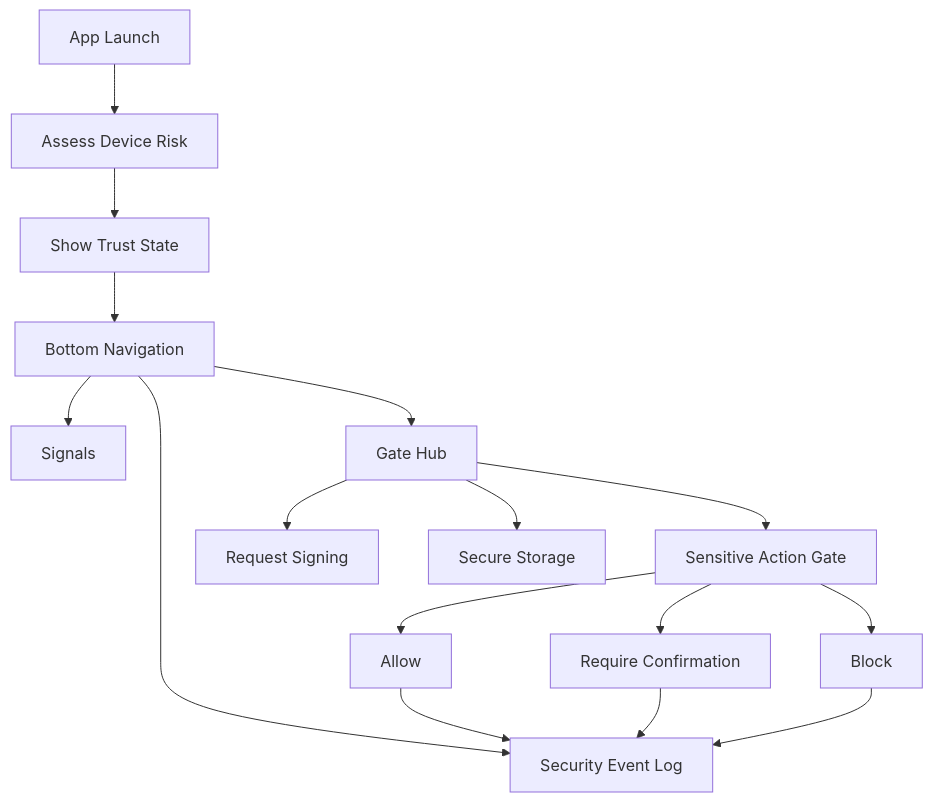
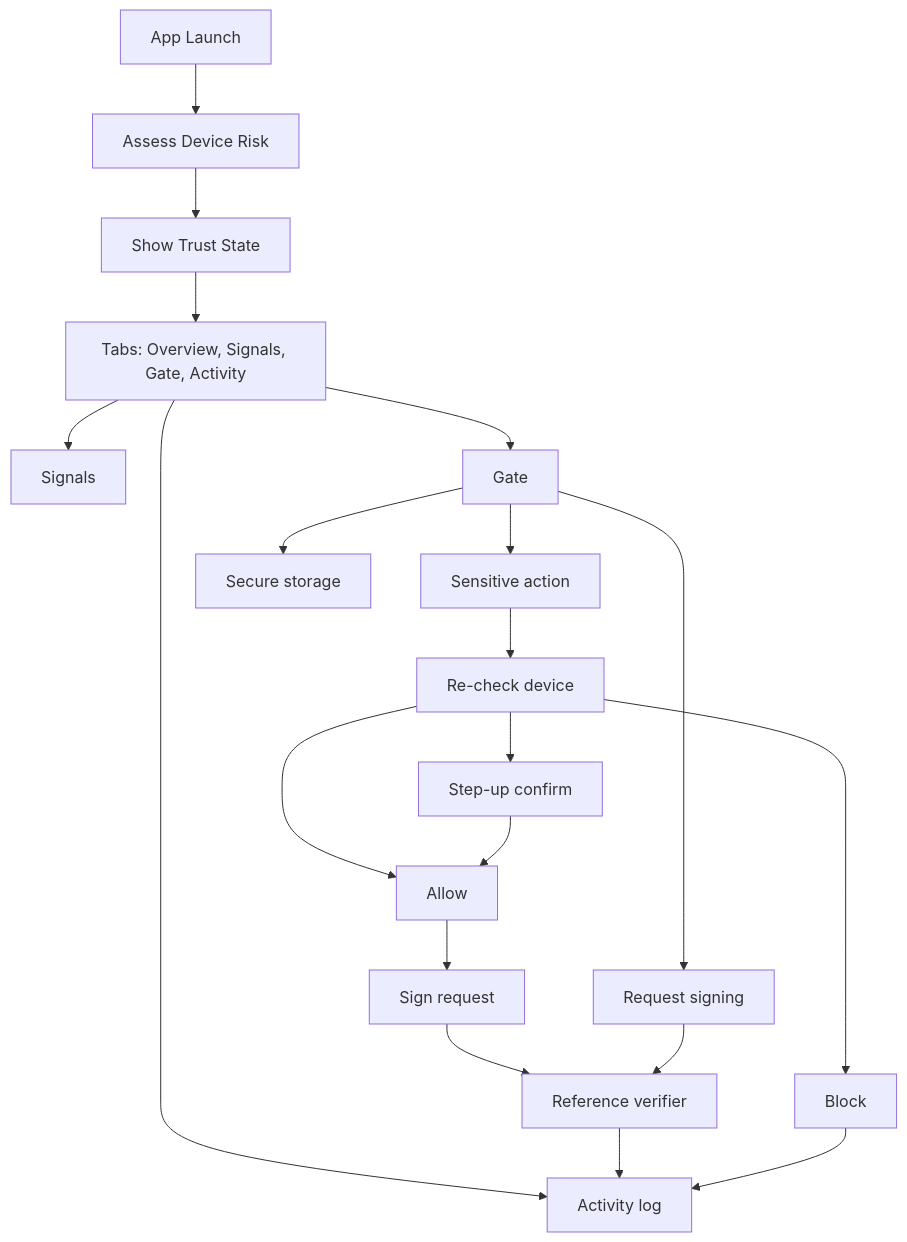
The diagram in README.md (fattah247/trustgate-android), drawn with Mermaid before and after one commit. The commit also changed other lines of this file and 11 other files, not shown here.

First line of the commit message:
documentation: describe verifier, step-up, and explainable scoring

````diff
--- a/README.md
+++ b/README.md
@@ -19,18 +22,22 @@
 ```mermaid
 flowchart TD
     A[App Launch] --> B[Assess Device Risk]
     B --> C[Show Trust State]
-    C --> D[Bottom Navigation]
+    C --> D[Tabs: Overview, Signals, Gate, Activity]
     D --> E[Signals]
-    D --> F[Gate Hub]
-    D --> G[Security Event Log]
-    F --> H[Sensitive Action Gate]
-    F --> I[Request Signing]
-    F --> J[Secure Storage]
-    H --> K[Allow]
-    H --> L[Require Confirmation]
-    H --> M[Block]
-    K --> G
-    L --> G
+    D --> F[Gate]
+    D --> G[Activity log]
+    F --> H[Sensitive action]
+    F --> I[Request signing]
+    F --> J[Secure storage]
+    H --> N[Re-check device]
+    N --> K[Allow]
+    N --> L[Step-up confirm]
+    N --> M[Block]
+    L --> K
+    K --> P[Sign request]
+    P --> Q[Reference verifier]
+    I --> Q
+    Q --> G
     M --> G
 ```
````
